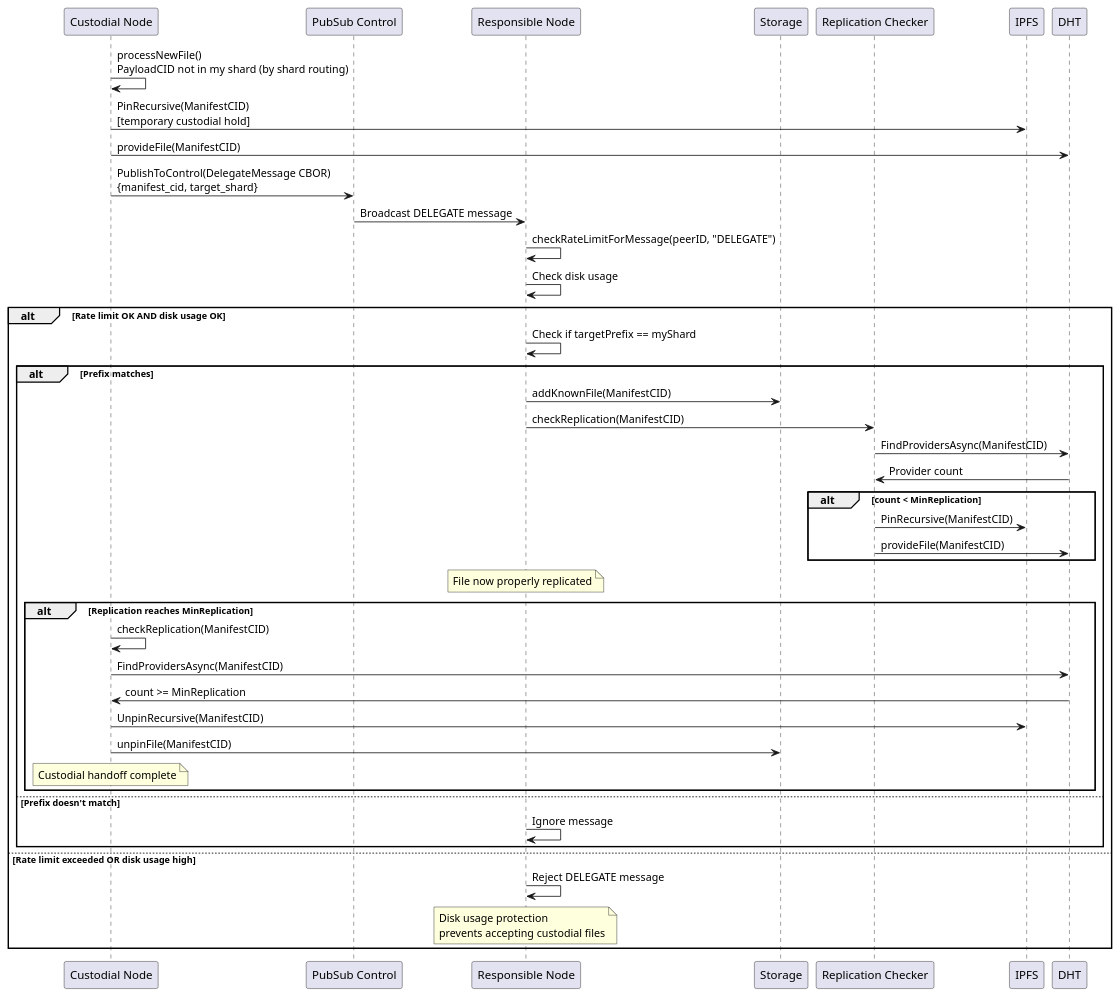
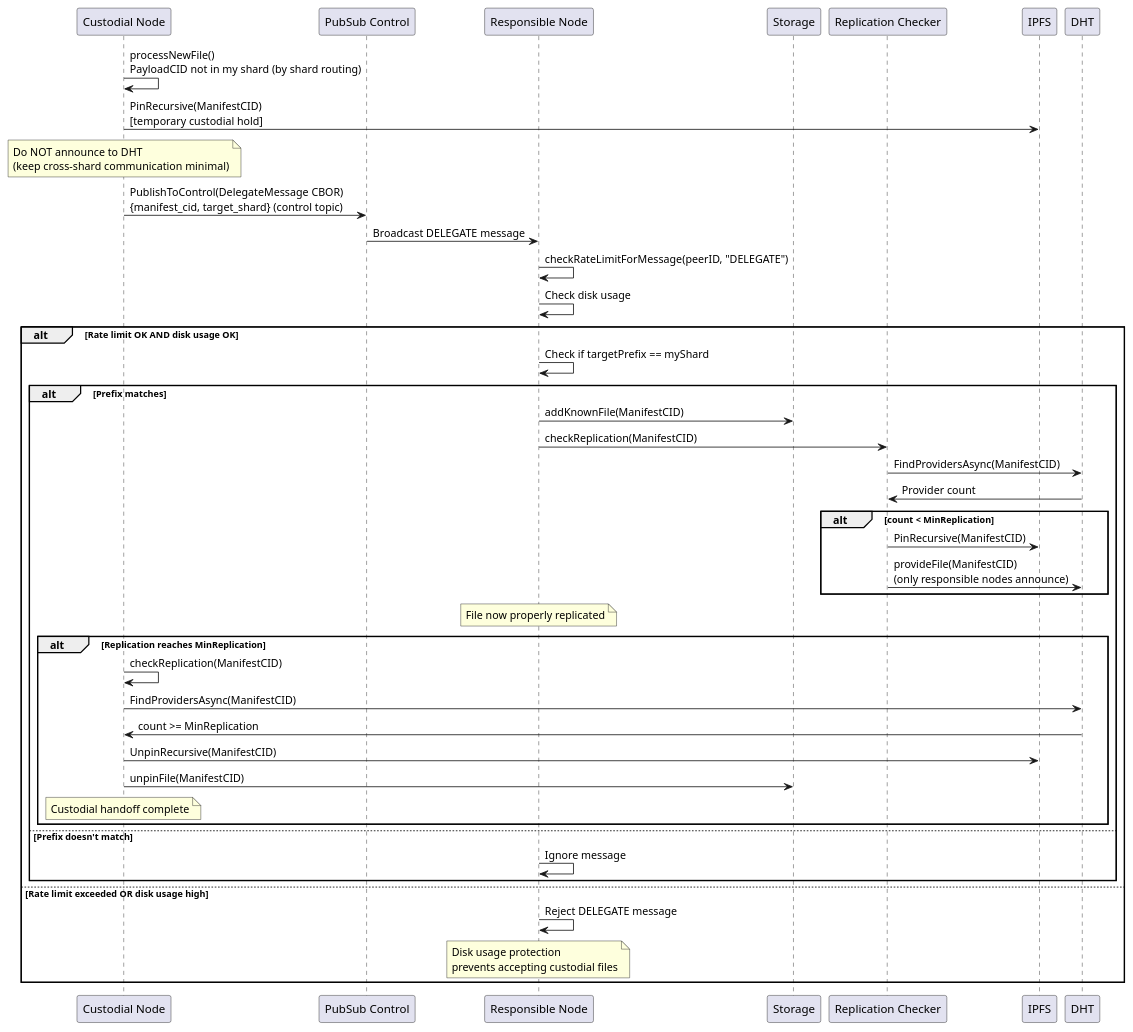
One commit to gipplab/D-LOCKSS changed the diagram in docs/delegation_sequence.puml. Above: the diagram before and after it, drawn with PlantUML. The commit also changed 10 other files, not shown here.

Commit message:
shard split fix and updated diagrams

```diff
--- a/docs/delegation_sequence.puml
+++ b/docs/delegation_sequence.puml
@@ -1,52 +1,52 @@
 @startuml Delegation Sequence
 
 participant "Custodial Node" as Custodial
 participant "PubSub Control" as Control
 participant "Responsible Node" as Responsible
 participant "Storage" as Storage
 participant "Replication Checker" as ReplChecker
 participant "IPFS" as IPFS
 participant "DHT" as DHT
 
 Custodial -> Custodial: processNewFile()\nPayloadCID not in my shard (by shard routing)
 Custodial -> IPFS: PinRecursive(ManifestCID)\n[temporary custodial hold]
-Custodial -> DHT: provideFile(ManifestCID)
-Custodial -> Control: PublishToControl(DelegateMessage CBOR)\n{manifest_cid, target_shard}
+Note over Custodial: Do NOT announce to DHT\n(keep cross-shard communication minimal)
+Custodial -> Control: PublishToControl(DelegateMessage CBOR)\n{manifest_cid, target_shard} (control topic)
 
 Control -> Responsible: Broadcast DELEGATE message
 Responsible -> Responsible: checkRateLimitForMessage(peerID, "DELEGATE")
 Responsible -> Responsible: Check disk usage
 
 alt Rate limit OK AND disk usage OK
     Responsible -> Responsible: Check if targetPrefix == myShard
     
     alt Prefix matches
     Responsible -> Storage: addKnownFile(ManifestCID)
     Responsible -> ReplChecker: checkReplication(ManifestCID)
     ReplChecker -> DHT: FindProvidersAsync(ManifestCID)
     DHT -> ReplChecker: Provider count
     
     alt count < MinReplication
         ReplChecker -> IPFS: PinRecursive(ManifestCID)
-        ReplChecker -> DHT: provideFile(ManifestCID)
+        ReplChecker -> DHT: provideFile(ManifestCID)\n(only responsible nodes announce)
     end
     
     Note over Responsible: File now properly replicated
     
     alt Replication reaches MinReplication
         Custodial -> Custodial: checkReplication(ManifestCID)
         Custodial -> DHT: FindProvidersAsync(ManifestCID)
         DHT -> Custodial: count >= MinReplication
         Custodial -> IPFS: UnpinRecursive(ManifestCID)
         Custodial -> Storage: unpinFile(ManifestCID)
         Note over Custodial: Custodial handoff complete
     end
     else Prefix doesn't match
         Responsible -> Responsible: Ignore message
     end
 else Rate limit exceeded OR disk usage high
     Responsible -> Responsible: Reject DELEGATE message
     Note over Responsible: Disk usage protection\nprevents accepting custodial files
 end
 
 @enduml
```
